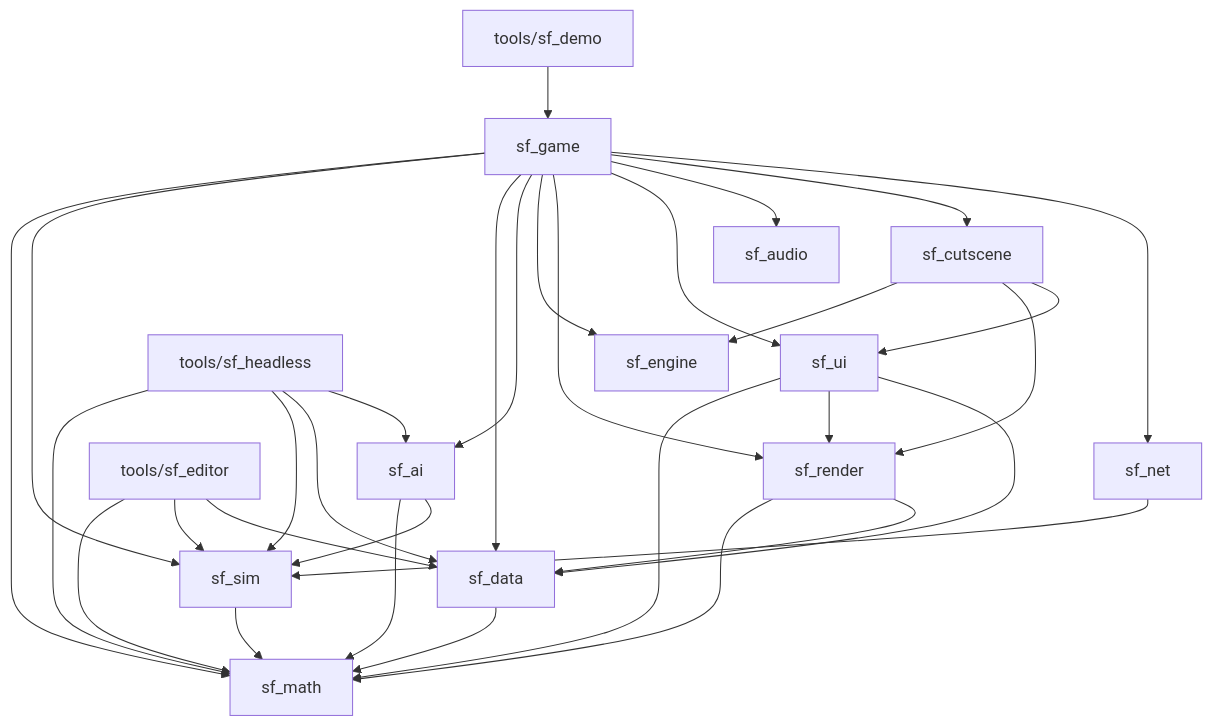
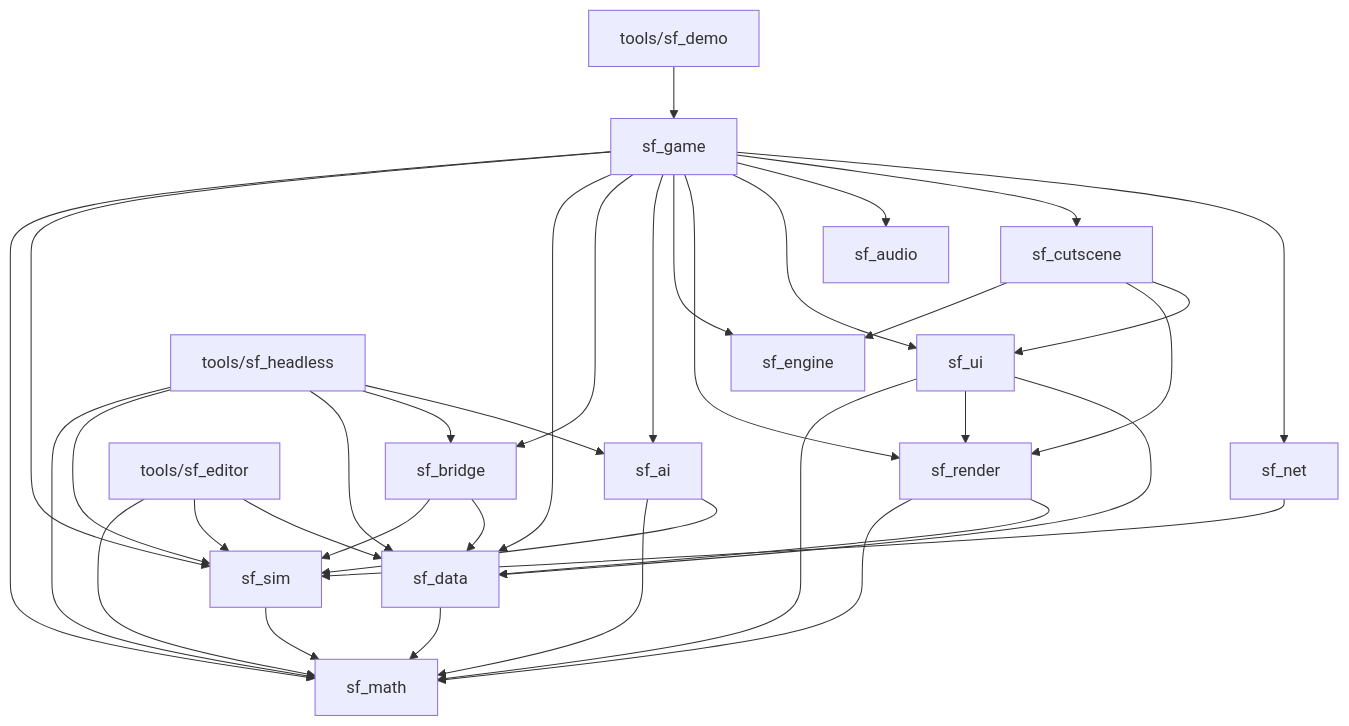
Before and after one commit to ultrasonicoverdrive/staalfront: the diagram in docs/architecture.md, drawn with Mermaid. The commit also changed other lines of this file and 41 other files, not shown here.

````diff
--- a/docs/architecture.md
+++ b/docs/architecture.md
@@ -44,34 +45,38 @@
 ```mermaid
 graph TD
   sf_sim --> sf_math
   sf_data --> sf_math
+  sf_bridge --> sf_sim
+  sf_bridge --> sf_data
   sf_ai --> sf_math
   sf_ai --> sf_sim
   sf_render --> sf_math
   sf_render --> sf_data
   sf_ui --> sf_math
   sf_ui --> sf_render
   sf_ui --> sf_data
   sf_net --> sf_sim
   sf_game --> sf_math
   sf_game --> sf_sim
   sf_game --> sf_data
+  sf_game --> sf_bridge
   sf_game --> sf_ai
   sf_game --> sf_engine
   sf_game --> sf_render
   sf_game --> sf_ui
   sf_game --> sf_audio
   sf_game --> sf_cutscene
   sf_game --> sf_net
   sf_cutscene --> sf_engine
   sf_cutscene --> sf_render
   sf_cutscene --> sf_ui
   sf_headless[tools/sf_headless] --> sf_math
   sf_headless --> sf_sim
   sf_headless --> sf_data
+  sf_headless --> sf_bridge
   sf_headless --> sf_ai
   sf_demo[tools/sf_demo] --> sf_game
   sf_editor[tools/sf_editor] --> sf_math
   sf_editor --> sf_sim
   sf_editor --> sf_data
 ```
````
